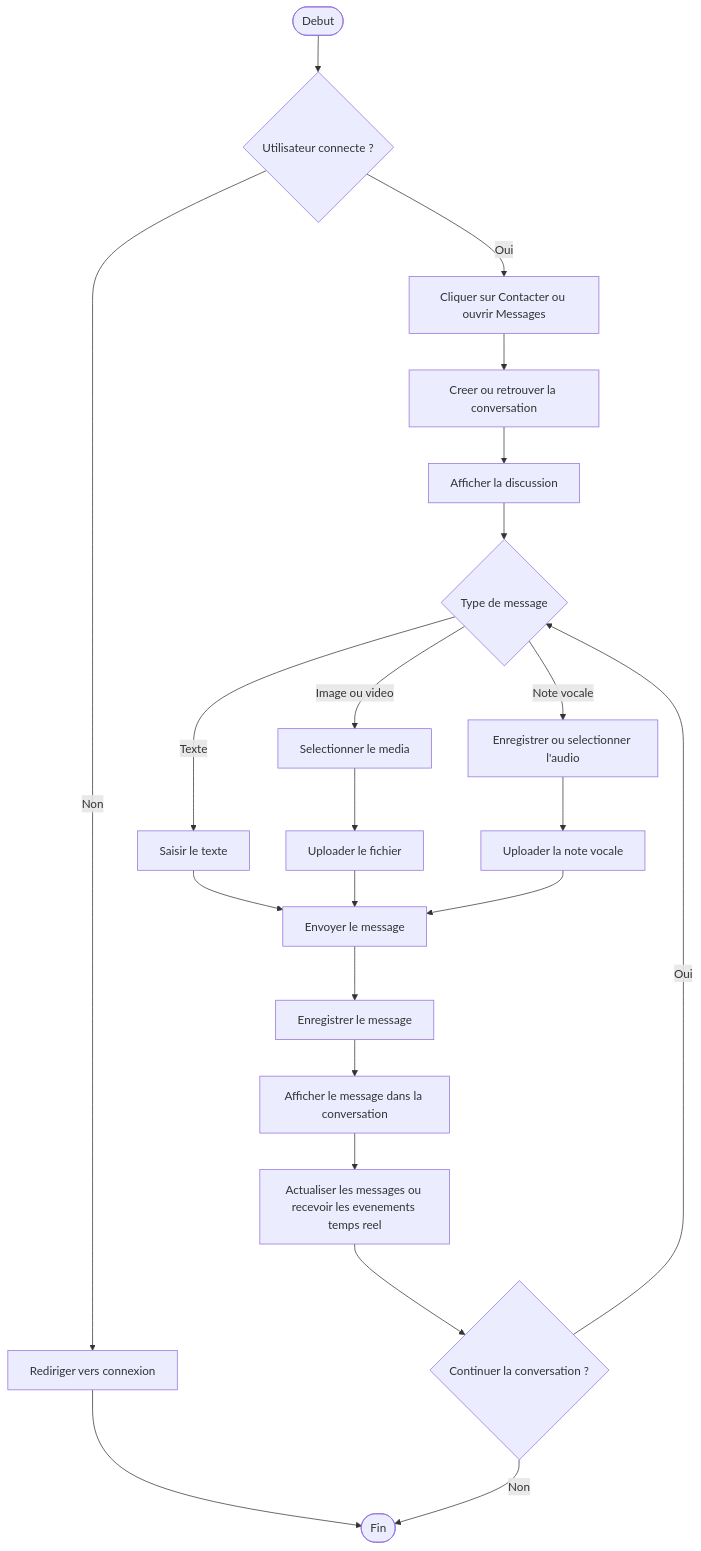
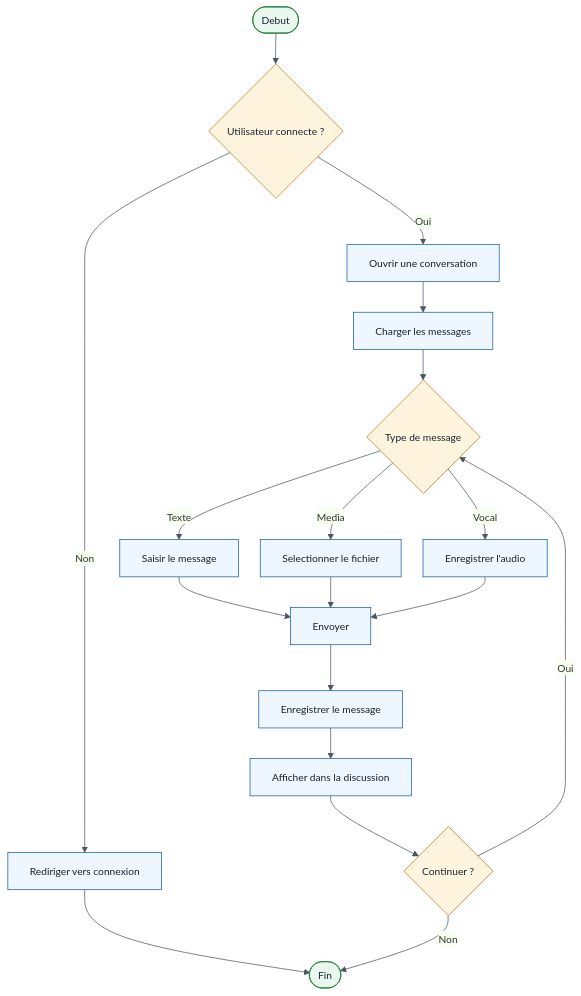
The seventh of 12 diagrams in UML/diagrammes-activites.md (Exauce13/fya-front-end), drawn with Mermaid before and after one commit. The commit also changed other lines of this file and 104 other files, not shown here.

````diff
--- a/UML/diagrammes-activites.md
+++ b/UML/diagrammes-activites.md
@@ -201,29 +243,32 @@
 ```mermaid
+%%{init: {"theme": "base", "themeVariables": {"fontFamily": "Arial", "fontSize": "14px", "primaryColor": "#EEF6FF", "primaryBorderColor": "#145DA0", "lineColor": "#4B5563", "textColor": "#182433"}, "flowchart": {"curve": "basis", "nodeSpacing": 30, "rankSpacing": 42}}}%%
 flowchart TD
     A([Debut]) --> B{Utilisateur connecte ?}
     B -- Non --> C[Rediriger vers connexion]
     C --> Z([Fin])
 
-    B -- Oui --> D[Cliquer sur Contacter ou ouvrir Messages]
-    D --> E[Creer ou retrouver la conversation]
-    E --> F[Afficher la discussion]
-    F --> G{Type de message}
+    B -- Oui --> D[Ouvrir une conversation]
+    D --> E[Charger les messages]
+    E --> F{Type de message}
 
-    G -- Texte --> H[Saisir le texte]
-    H --> I[Envoyer le message]
+    F -- Texte --> G[Saisir le message]
+    F -- Media --> H[Selectionner le fichier]
+    F -- Vocal --> I[Enregistrer l'audio]
 
-    G -- Image ou video --> J[Selectionner le media]
-    J --> K[Uploader le fichier]
-    K --> I
+    G --> J[Envoyer]
+    H --> J
+    I --> J
 
-    G -- Note vocale --> L[Enregistrer ou selectionner l'audio]
-    L --> M[Uploader la note vocale]
-    M --> I
+    J --> K[Enregistrer le message]
+    K --> L[Afficher dans la discussion]
+    L --> M{Continuer ?}
+    M -- Oui --> F
+    M -- Non --> Z
 
-    I --> N[Enregistrer le message]
-    N --> O[Afficher le message dans la conversation]
-    O --> P[Actualiser les messages ou recevoir les evenements temps reel]
-    P --> Q{Continuer la conversation ?}
-    Q -- Oui --> G
-    Q -- Non --> Z
+    classDef start fill:#E9F7EF,stroke:#1E7E34,color:#182433,font-size:14px
+    classDef action fill:#EEF6FF,stroke:#145DA0,color:#182433,font-size:14px
+    classDef decision fill:#FFF4DE,stroke:#B7791F,color:#182433,font-size:14px
+    class A,Z start
+    class C,D,E,G,H,I,J,K,L action
+    class B,F,M decision
 ```
````
